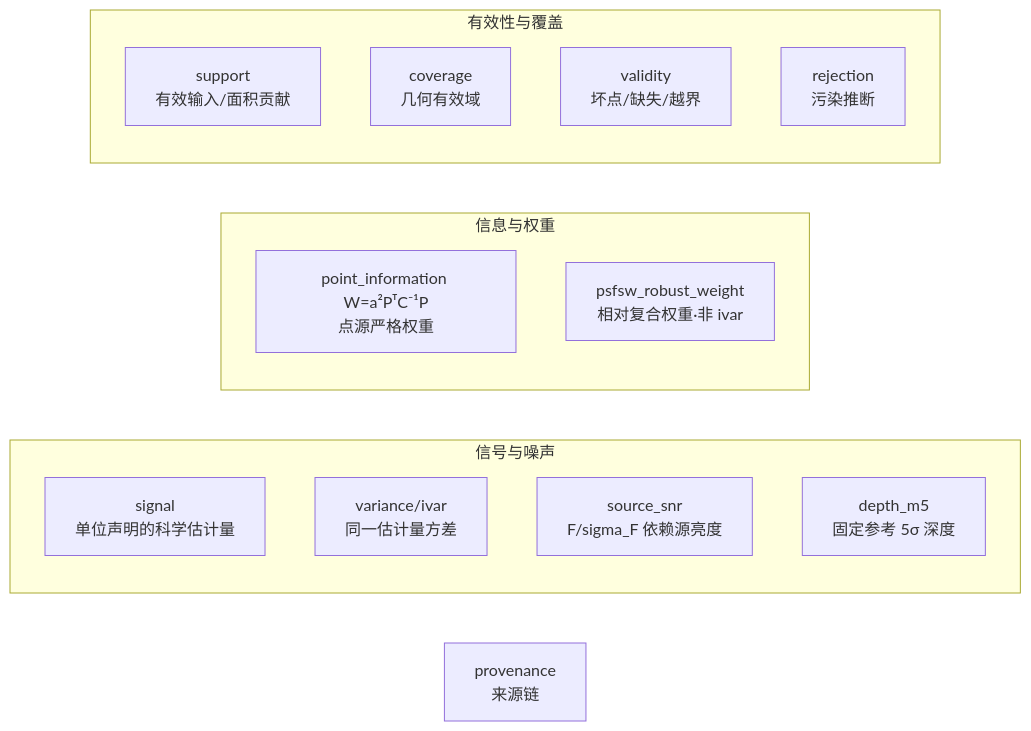
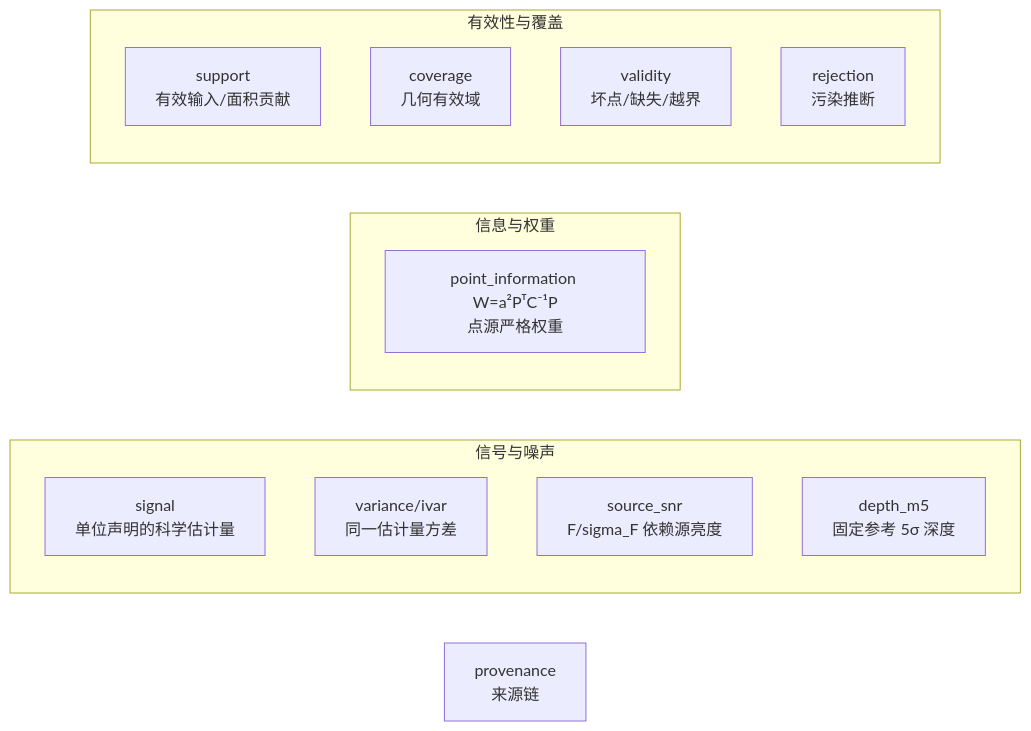
The first of 2 diagrams in docs/design/UNIFIED_MODEL.md (fujiaze/Astro-CS-Database), drawn with Mermaid before and after one commit. The commit also changed other lines of this file and 71 other files, not shown here.

````diff
--- a/docs/design/UNIFIED_MODEL.md
+++ b/docs/design/UNIFIED_MODEL.md
@@ -15,20 +15,19 @@
 ```mermaid
 flowchart LR
     subgraph 信号与噪声
         SIG["signal<br/>单位声明的科学估计量"]
         VAR["variance/ivar<br/>同一估计量方差"]
         SNR["source_snr<br/>F/sigma_F 依赖源亮度"]
         D5["depth_m5<br/>固定参考 5σ 深度"]
     end
     subgraph 信息与权重
         WI["point_information W=a²PᵀC⁻¹P<br/>点源严格权重"]
-        WR["psfsw_robust_weight<br/>相对复合权重·非 ivar"]
     end
     subgraph 有效性与覆盖
         SUPP["support<br/>有效输入/面积贡献"]
         COV["coverage<br/>几何有效域"]
         VAL["validity<br/>坏点/缺失/越界"]
         REJ["rejection<br/>污染推断"]
     end
     PROV["provenance<br/>来源链"]
 ```
````
